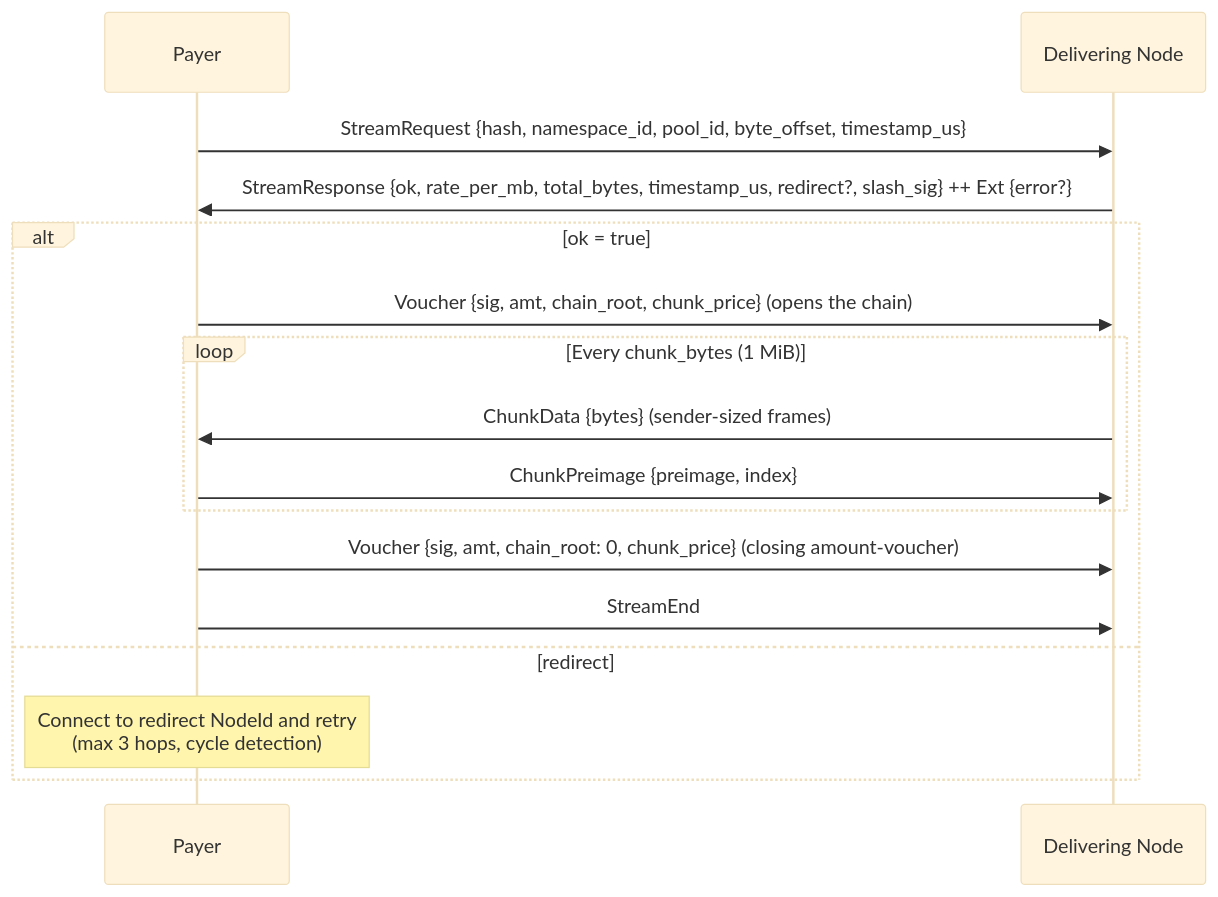
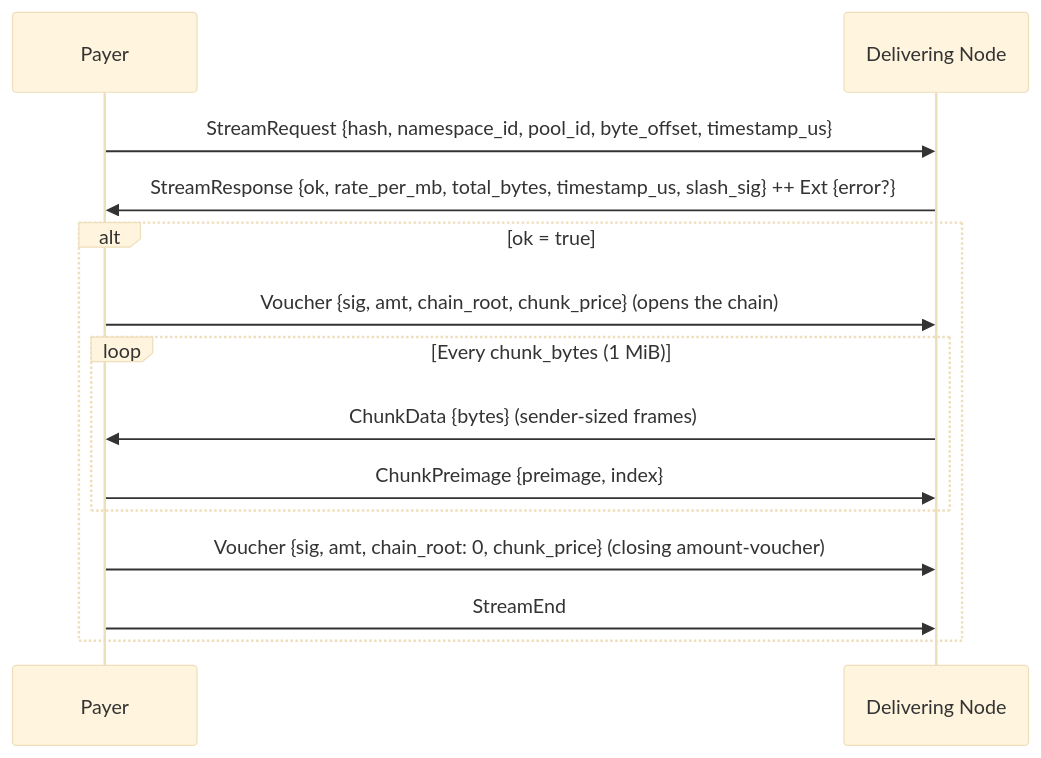
Before and after one commit to decdn/decdn: the second of 3 diagrams in adr/005-protocol.md, drawn with Mermaid (base theme). The commit also changed other lines of this file and 20 other files, not shown here.

First line of the commit message:
feat(protocol,incentive,contracts)!: remove the dead StreamResponse redirect field (#1838) (#1842)

````diff
--- a/adr/005-protocol.md
+++ b/adr/005-protocol.md
@@ -104,20 +104,18 @@
 ```mermaid
 sequenceDiagram
     participant P as Payer
     participant D as Delivering Node
 
     P->>D: StreamRequest {hash, namespace_id, pool_id, byte_offset, timestamp_us}
-    D->>P: StreamResponse {ok, rate_per_mb, total_bytes, timestamp_us, redirect?, slash_sig} ++ Ext {error?}
+    D->>P: StreamResponse {ok, rate_per_mb, total_bytes, timestamp_us, slash_sig} ++ Ext {error?}
 
     alt ok = true
         P->>D: Voucher {sig, amt, chain_root, chunk_price} (opens the chain)
         loop Every chunk_bytes (1 MiB)
             D->>P: ChunkData {bytes} (sender-sized frames)
             P->>D: ChunkPreimage {preimage, index}
         end
         P->>D: Voucher {sig, amt, chain_root: 0, chunk_price} (closing amount-voucher)
         P->>D: StreamEnd
-    else redirect
-        Note over P: Connect to redirect NodeId and retry<br/>(max 3 hops, cycle detection)
     end
 ```
````
